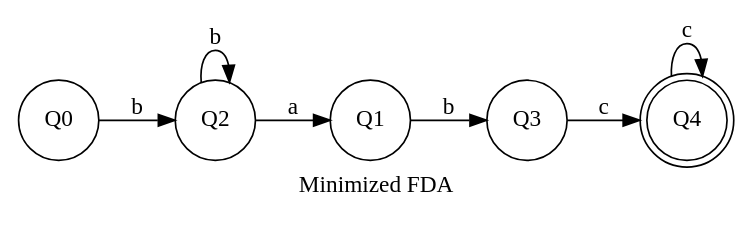
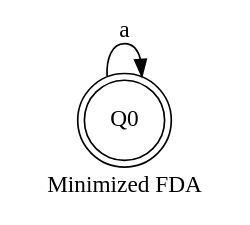
Before and after one commit to emiliosolanoo21/LabCD_LP: the diagram in Tree/default/Infix/AFD_min.gv, drawn with Graphviz. The commit also changed 37 other files, not shown here.

```diff
--- a/Tree/default/Infix/AFD_min.gv
+++ b/Tree/default/Infix/AFD_min.gv
@@ -1,16 +1,7 @@
 // AFN
 digraph {
 	rankdir=LR
 	label="Minimized FDA"
-	1616122953008 [label=Q0 shape=circle]
-	1616122952432 [label=Q2 shape=circle]
-	1616122953536 [label=Q1 shape=circle]
-	1616122953584 [label=Q3 shape=circle]
-	1616122952528 [label=Q4 shape=doublecircle]
-	1616122952528 -> 1616122952528 [label=c]
-	1616122953584 -> 1616122952528 [label=c]
-	1616122953536 -> 1616122953584 [label=b]
-	1616122952432 -> 1616122953536 [label=a]
-	1616122952432 -> 1616122952432 [label=b]
-	1616122953008 -> 1616122952432 [label=b]
+	2417075464752 [label=Q0 shape=doublecircle]
+	2417075464752 -> 2417075464752 [label=a]
 }
```
